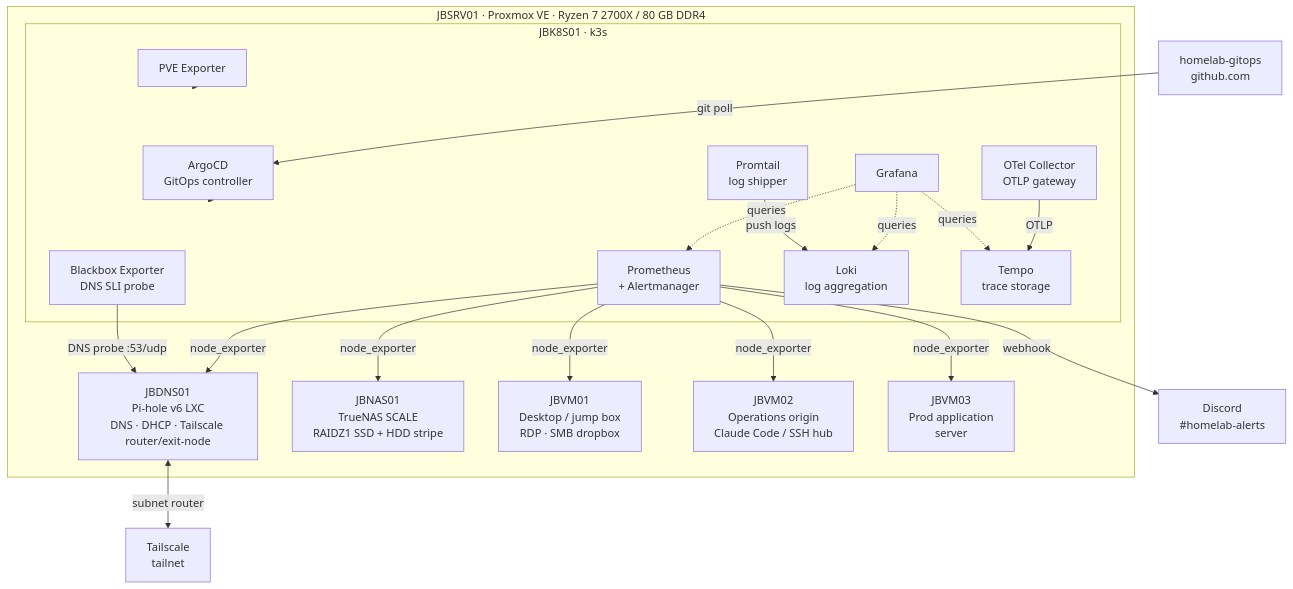
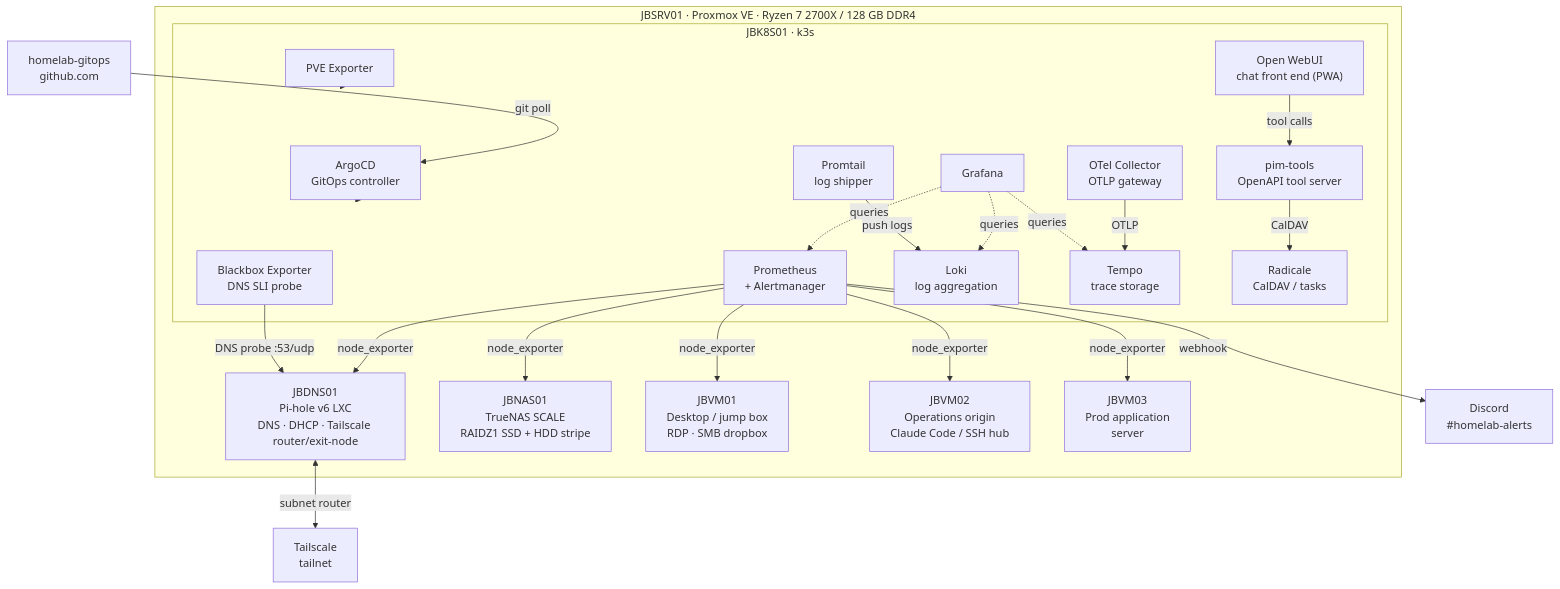
One commit to josephbannon-tech/homelab-gitops changed the diagram in README.md. Above: the diagram before and after it, drawn with Mermaid. The commit also changed other lines of this file, not shown here.

Commit message:
docs(readme): Open WebUI, Radicale and pim-tools in the stack; CI-built images and stateful replicas decisions; two lessons; facts refreshed (128 GB, Loki 90d, eight hosts)

````diff
--- a/README.md
+++ b/README.md
@@ -13,44 +13,49 @@
 ```mermaid
 graph TB
     github["homelab-gitops\ngithub.com"]
 
-    subgraph host["JBSRV01 · Proxmox VE · Ryzen 7 2700X / 80 GB DDR4"]
+    subgraph host["JBSRV01 · Proxmox VE · Ryzen 7 2700X / 128 GB DDR4"]
         dns["JBDNS01\nPi-hole v6 LXC\nDNS · DHCP · Tailscale router/exit-node"]
         nas["JBNAS01\nTrueNAS SCALE\nRAIDZ1 SSD + HDD stripe"]
         vm01["JBVM01\nDesktop / jump box\nRDP · SMB dropbox"]
         vm02["JBVM02\nOperations origin\nClaude Code / SSH hub"]
         vm03["JBVM03\nProd application\nserver"]
 
         subgraph k8s["JBK8S01 · k3s"]
             argocd["ArgoCD\nGitOps controller"]
             prom["Prometheus\n+ Alertmanager"]
             grafana["Grafana"]
             pve_exp["PVE Exporter"]
             blackbox["Blackbox Exporter\nDNS SLI probe"]
             loki["Loki\nlog aggregation"]
             promtail["Promtail\nlog shipper"]
             tempo["Tempo\ntrace storage"]
             otel["OTel Collector\nOTLP gateway"]
+            owui["Open WebUI\nchat front end (PWA)"]
+            radicale["Radicale\nCalDAV / tasks"]
+            pim["pim-tools\nOpenAPI tool server"]
         end
     end
 
     discord["Discord\n#homelab-alerts"]
     tailscale["Tailscale\ntailnet"]
 
     github -->|"git poll"| argocd
     argocd --> k8s
+    owui -->|"tool calls"| pim
+    pim -->|"CalDAV"| radicale
     prom -->|"node_exporter"| nas
     prom -->|"node_exporter"| vm01
     prom -->|"node_exporter"| vm02
     prom -->|"node_exporter"| vm03
     prom -->|"node_exporter"| dns
     pve_exp --> host
     blackbox -->|"DNS probe :53/udp"| dns
     otel -->|"OTLP"| tempo
     grafana -.->|"queries"| prom
     grafana -.->|"queries"| loki
     grafana -.->|"queries"| tempo
     promtail -->|"push logs"| loki
     prom -->|"webhook"| discord
     dns <-->|"subnet router"| tailscale
 ```
````
